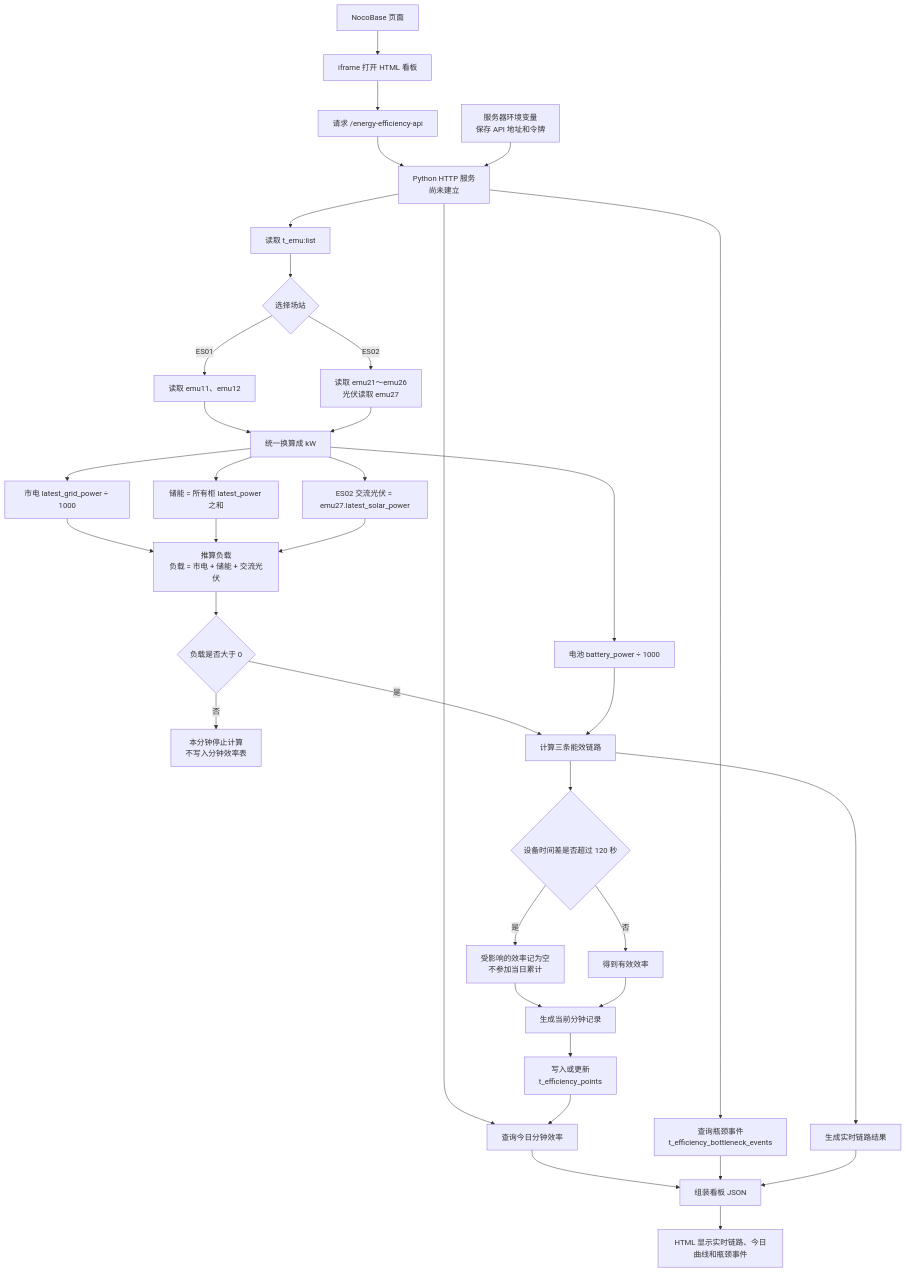
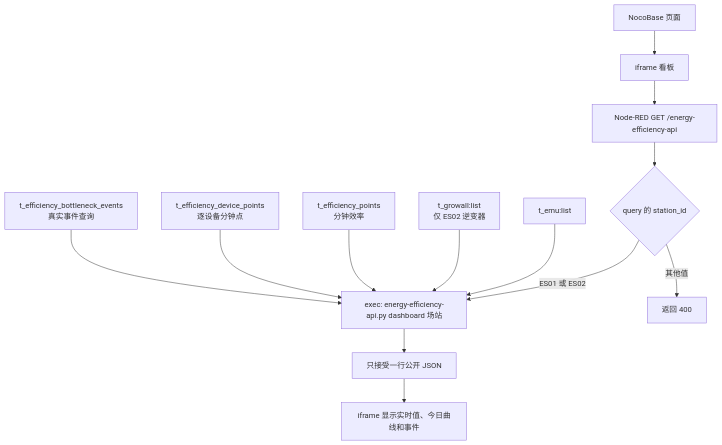
The first of 3 diagrams in m2/M2线上部署流程图.md (hua-js/vifa-en), drawn with Mermaid before and after one commit. The commit also changed other lines of this file and 3 other files, not shown here.

Commit message:
docs: wire bottleneck automation flow

````diff
--- a/m2/M2线上部署流程图.md
+++ b/m2/M2线上部署流程图.md
@@ -7,47 +11,16 @@
 ```mermaid
 flowchart TD
-    A[NocoBase 页面] --> B[iframe 打开 HTML 看板]
-    B --> C[请求 /energy-efficiency-api]
-    C --> D[Python HTTP 服务<br/>尚未建立]
+    A[NocoBase 页面] --> B[iframe 看板]
+    B --> C[Node-RED GET /energy-efficiency-api]
+    C --> D{query 的 station_id}
+    D -->|ES01 或 ES02| E[exec: energy-efficiency-api.py dashboard 场站]
+    D -->|其他值| F[返回 400]
+    E --> G[只接受一行公开 JSON]
+    G --> H[iframe 显示实时值、今日曲线和事件]
 
-    K[服务器环境变量<br/>保存 API 地址和令牌] --> D
-    D --> E[读取 t_emu:list]
-
-    E --> F{选择场站}
-    F -->|ES01| G[读取 emu11、emu12]
-    F -->|ES02| H[读取 emu21～emu26<br/>光伏读取 emu27]
-
-    G --> I[统一换算成 kW]
-    H --> I
-    I --> I1[市电 latest_grid_power ÷ 1000]
-    I --> I2[电池 battery_power ÷ 1000]
-    I --> I3[储能 = 所有柜 latest_power 之和]
-    I --> I4[ES02 交流光伏 = emu27.latest_solar_power]
-
-    I1 --> J[推算负载<br/>负载 = 市电 + 储能 + 交流光伏]
-    I3 --> J
-    I4 --> J
-
-    J --> L{负载是否大于 0}
-    L -->|否| M[本分钟停止计算<br/>不写入分钟效率表]
-    L -->|是| N[计算三条能效链路]
-    I2 --> N
-
-    N --> O{设备时间差是否超过 120 秒}
-    O -->|是| P[受影响的效率记为空<br/>不参加当日累计]
-    O -->|否| Q[得到有效效率]
-
-    P --> R[生成当前分钟记录]
-    Q --> R
-    R --> S[写入或更新<br/>t_efficiency_points]
-
-    D --> T[查询今日分钟效率]
-    D --> U[查询瓶颈事件<br/>t_efficiency_bottleneck_events]
-    N --> V[生成实时链路结果]
-
-    S --> T
-    T --> W[组装看板 JSON]
-    U --> W
-    V --> W
-    W --> X[HTML 显示实时链路、今日曲线和瓶颈事件]
+    I[t_emu:list] --> E
+    J[t_growall:list<br/>仅 ES02 逆变器] --> E
+    K[t_efficiency_points<br/>分钟效率] --> E
+    L[t_efficiency_device_points<br/>逐设备分钟点] --> E
+    M[t_efficiency_bottleneck_events<br/>真实事件查询] --> E
 ```
````
